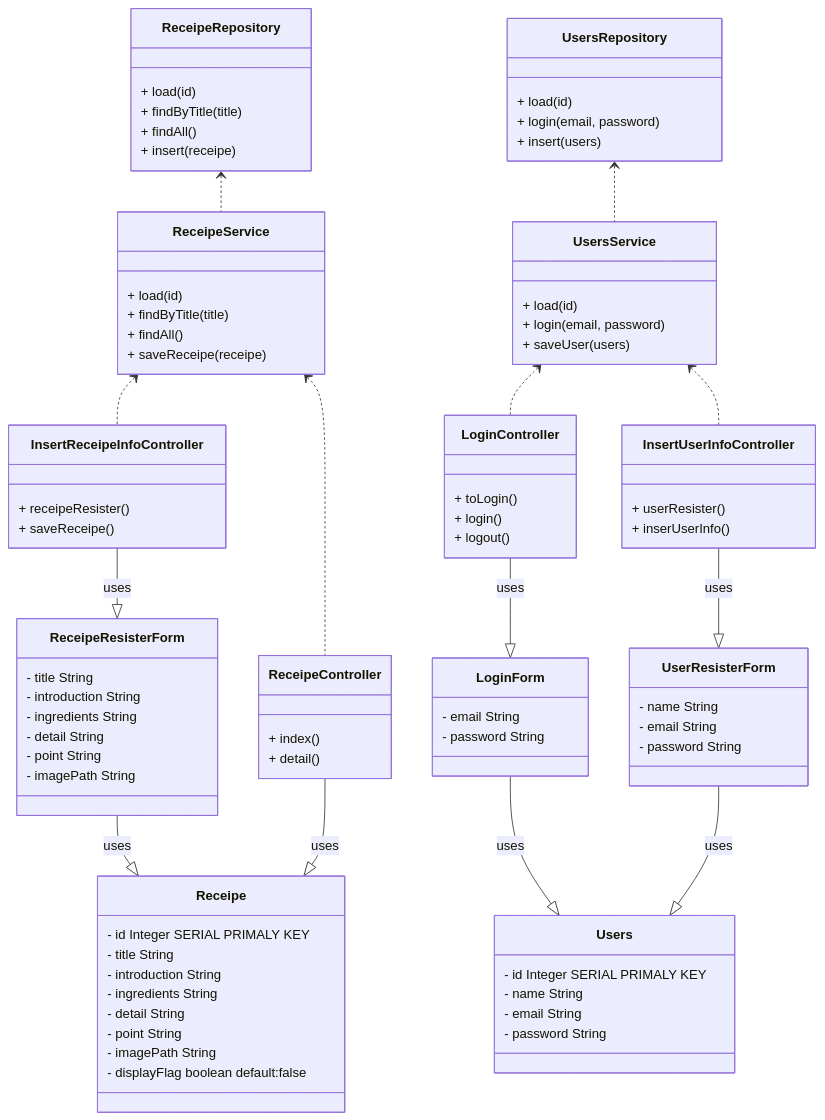
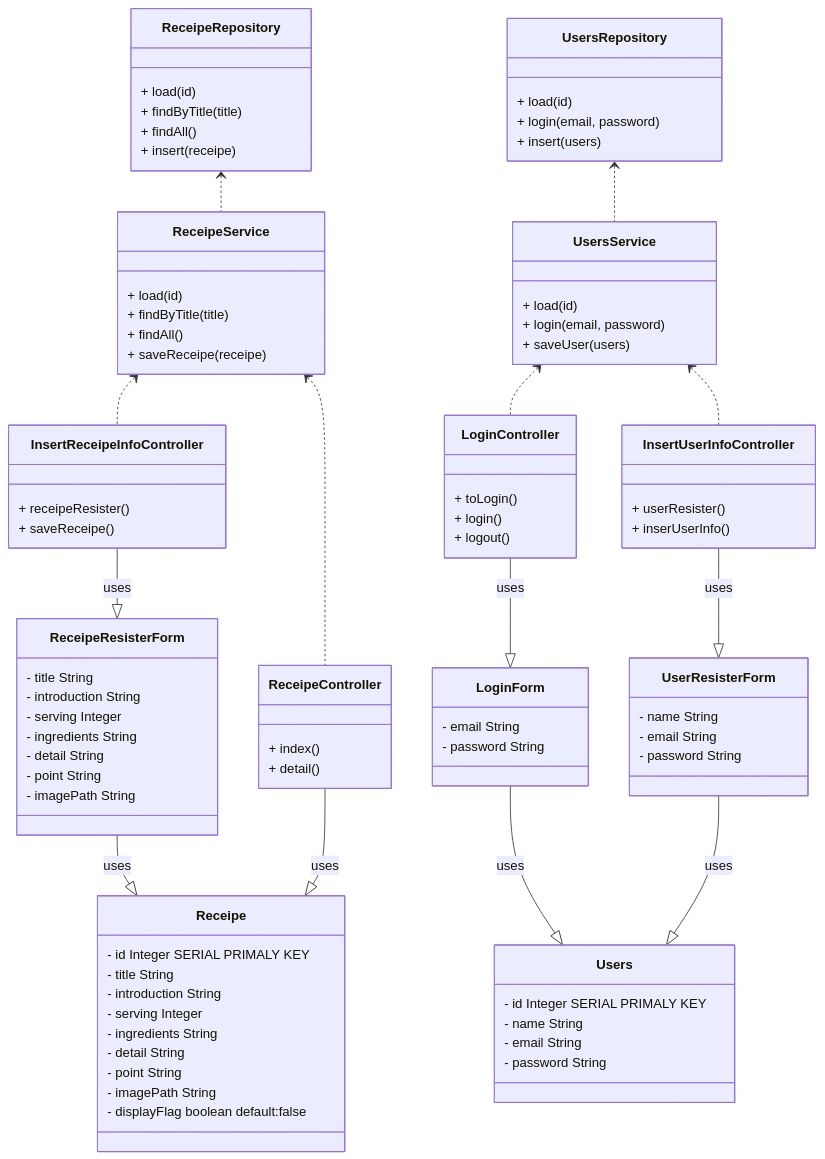
The diagram in docs/class.md (mykkr1122/recipe-site), drawn with Mermaid before and after one commit. The commit also changed 12 other files, not shown here.

```diff
--- a/docs/class.md
+++ b/docs/class.md
@@ -5,6 +5,7 @@
         - id Integer SERIAL PRIMALY KEY
         - title String
         - introduction String
+        - serving Integer
         - ingredients String
         - detail String
         - point String
@@ -59,6 +60,7 @@
     class ReceipeResisterForm {
         - title String
         - introduction String
+        - serving Integer
         - ingredients String
         - detail String
         - point String
```
